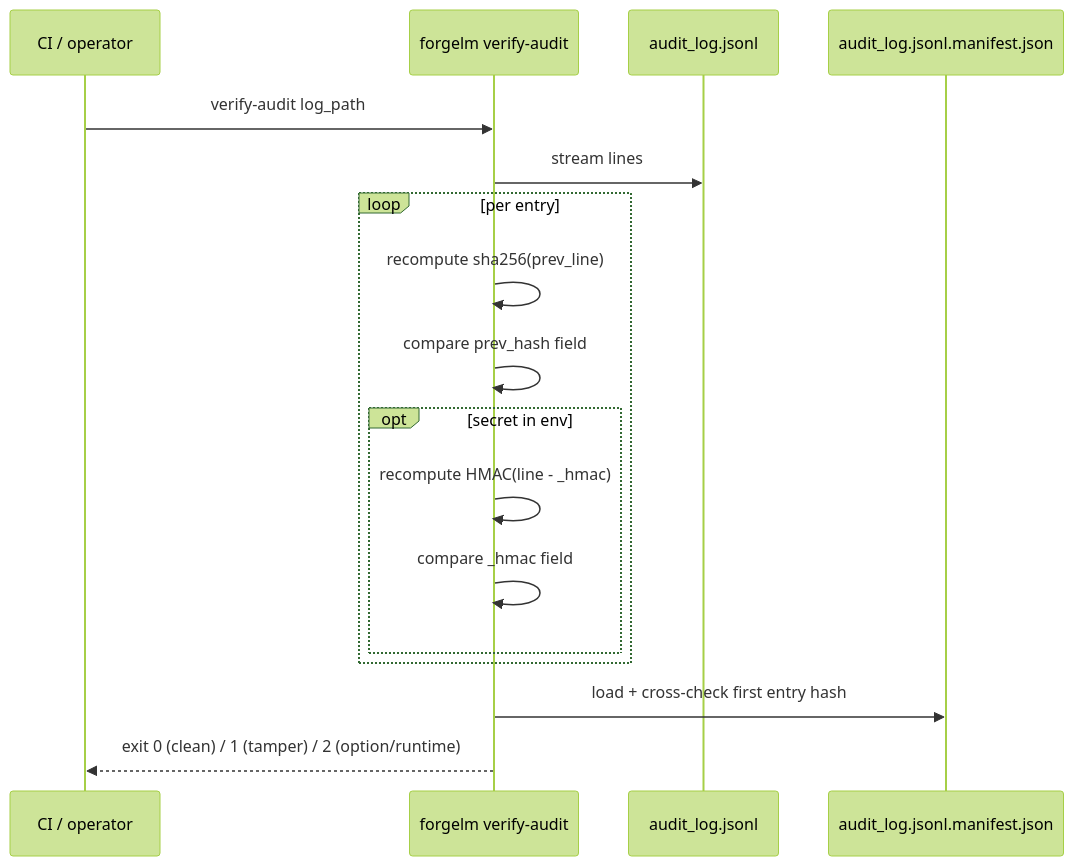
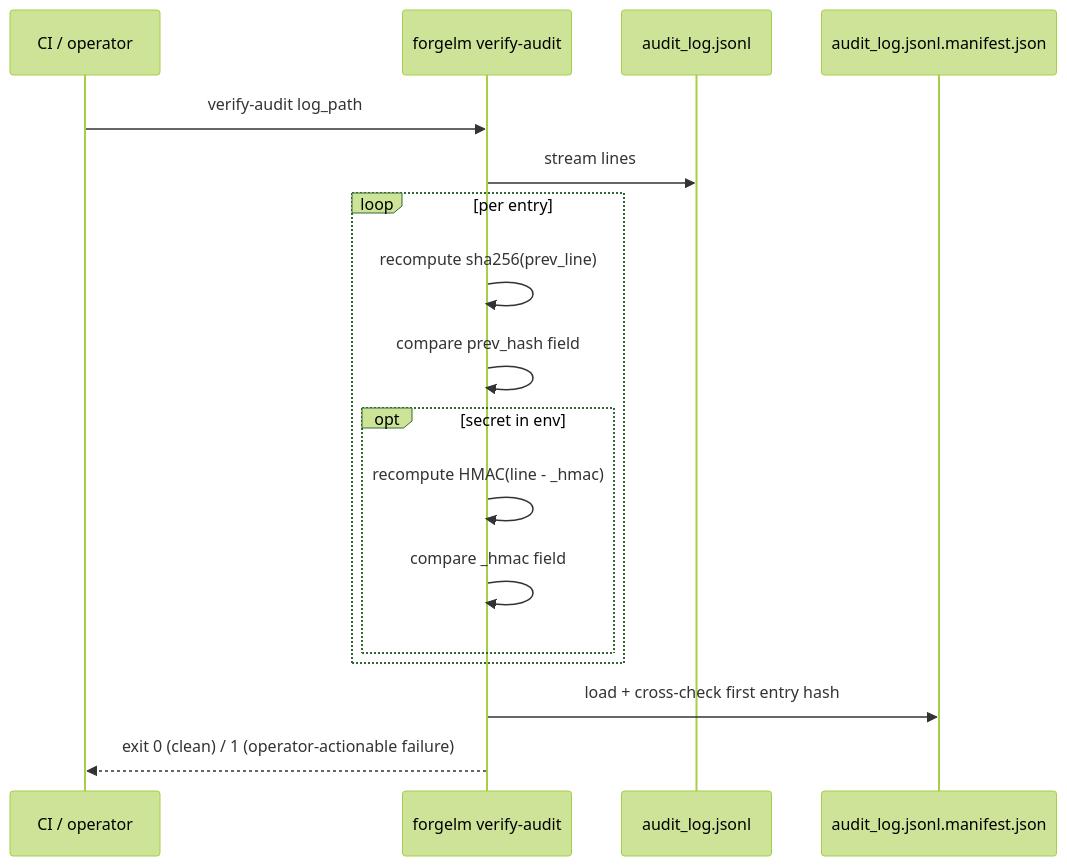
The diagram in docs/usermanuals/en/compliance/verify-audit.md (HodeTech/ForgeLM), drawn with Mermaid (forest theme) before and after one commit. The commit also changed other lines of this file and 9 other files, not shown here.

````diff
--- a/docs/usermanuals/en/compliance/verify-audit.md
+++ b/docs/usermanuals/en/compliance/verify-audit.md
@@ -19,20 +19,20 @@
 ```mermaid
 sequenceDiagram
     participant CI as CI / operator
     participant Verify as forgelm verify-audit
     participant Log as audit_log.jsonl
     participant Manifest as audit_log.jsonl.manifest.json
 
     CI->>Verify: verify-audit log_path
     Verify->>Log: stream lines
     loop per entry
         Verify->>Verify: recompute sha256(prev_line)
         Verify->>Verify: compare prev_hash field
         opt secret in env
             Verify->>Verify: recompute HMAC(line - _hmac)
             Verify->>Verify: compare _hmac field
         end
     end
     Verify->>Manifest: load + cross-check first entry hash
-    Verify-->>CI: exit 0 (clean) / 1 (tamper) / 2 (option/runtime)
+    Verify-->>CI: exit 0 (clean) / 1 (operator-actionable failure)
 ```
````
